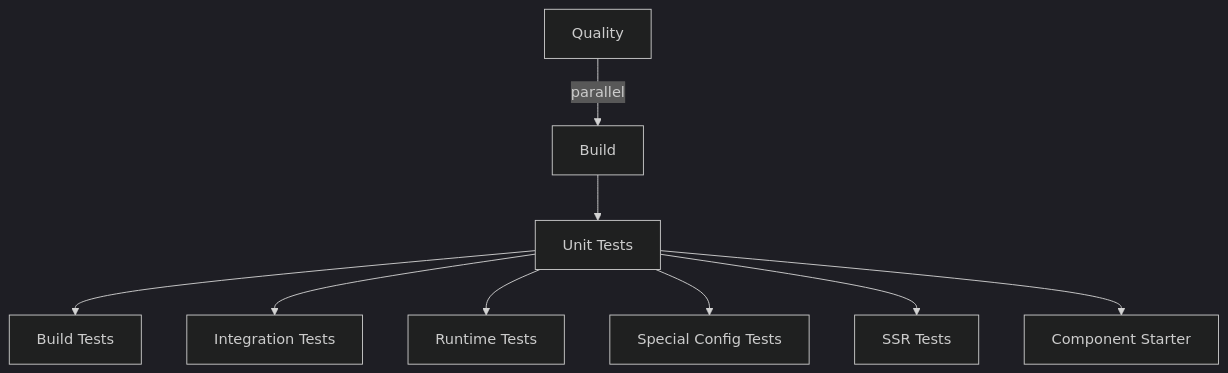
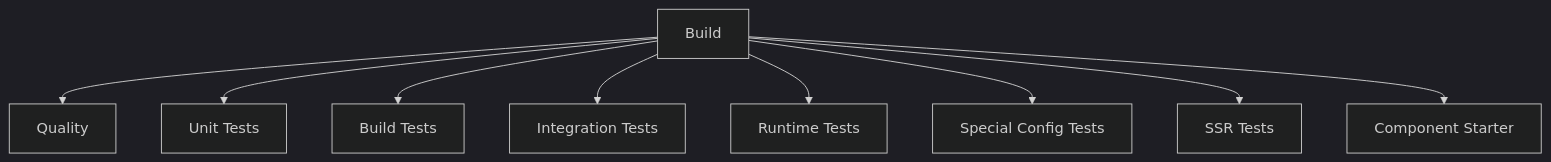
One commit to stenciljs/core changed the diagram in .github/workflows/README.md. Above: the diagram before and after it, drawn with Mermaid (dark theme). The commit also changed other lines of this file and 3 other files, not shown here.

````diff
--- a/.github/workflows/README.md
+++ b/.github/workflows/README.md
@@ -11,16 +11,13 @@
 ```mermaid
 graph TD;
-    quality[Quality]
     build[Build]
-    unit[Unit Tests]
 
-    quality --> |parallel| build
-    build --> unit
-
-    unit --> test-build[Build Tests]
-    unit --> test-integration[Integration Tests]
-    unit --> test-runtime[Runtime Tests]
-    unit --> test-special-config[Special Config Tests]
-    unit --> test-ssr[SSR Tests]
-    unit --> test-starter[Component Starter]
+    build --> quality[Quality]
+    build --> unit[Unit Tests]
+    build --> test-build[Build Tests]
+    build --> test-integration[Integration Tests]
+    build --> test-runtime[Runtime Tests]
+    build --> test-special-config[Special Config Tests]
+    build --> test-ssr[SSR Tests]
+    build --> test-starter[Component Starter]
 ```
````
